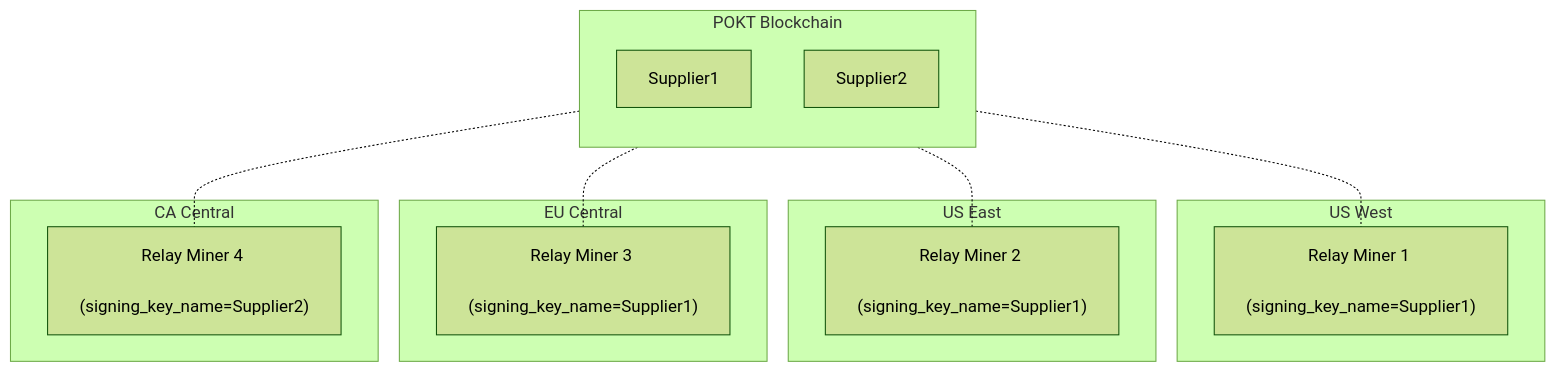
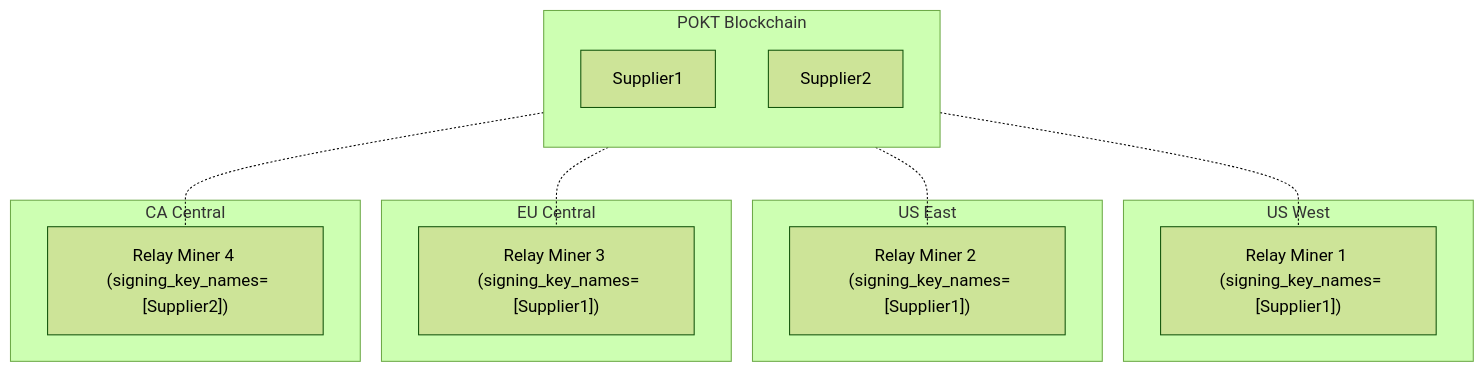
The second of 2 diagrams in docusaurus/docs/operate/configs/relayminer_config.md (pokt-network/poktroll), drawn with Mermaid (forest theme) before and after one commit. The commit also changed other lines of this file and 4 other files, not shown here.

````diff
--- a/docusaurus/docs/operate/configs/relayminer_config.md
+++ b/docusaurus/docs/operate/configs/relayminer_config.md
@@ -126,30 +150,30 @@
 ```mermaid
 flowchart
 
     subgraph USW[US West]
-        RM1["Relay Miner 1 <br> (signing_key_name=Supplier1)"]
+        RM1["Relay Miner 1 <br> (signing_key_names=[Supplier1])"]
     end
 
     subgraph USE[US East]
-        RM2["Relay Miner 2 <br> (signing_key_name=Supplier1)"]
+        RM2["Relay Miner 2 <br> (signing_key_names=[Supplier1])"]
     end
 
     subgraph EUC[EU Central]
-        RM3["Relay Miner 3 <br> (signing_key_name=Supplier1)"]
+        RM3["Relay Miner 3 <br> (signing_key_names=[Supplier1])"]
     end
 
     subgraph CAC[CA Central]
-        RM4["Relay Miner 4 <br> (signing_key_name=Supplier2)"]
+        RM4["Relay Miner 4 <br> (signing_key_names=[Supplier2])"]
     end
 
     subgraph PB[POKT Blockchain]
         direction TB
         S1[Supplier1]
         S2[Supplier2]
     end
 
     S1 -.- RM1
     S1 -.- RM2
     S1 -.- RM3
     S2 -.- RM4
 ```
````
